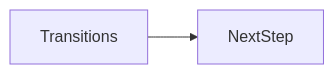
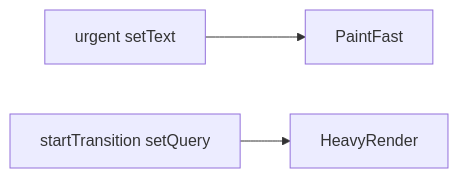
One commit to OmidJavaherii/Frontend-Engineering-Handbook changed the first of 2 diagrams in docs/en/10-react/transitions/index.md. Above: the diagram before and after it, drawn with Mermaid. The commit also changed other lines of this file and 461 other files, not shown here.

````diff
--- a/docs/en/10-react/transitions/index.md
+++ b/docs/en/10-react/transitions/index.md
@@ -95,4 +54,5 @@
 ```mermaid
 flowchart LR
-  concept[Transitions] --> nextStep[NextStep]
+  InputUrgent[urgent setText] --> PaintFast
+  Transition[startTransition setQuery] --> HeavyRender
 ```
````
